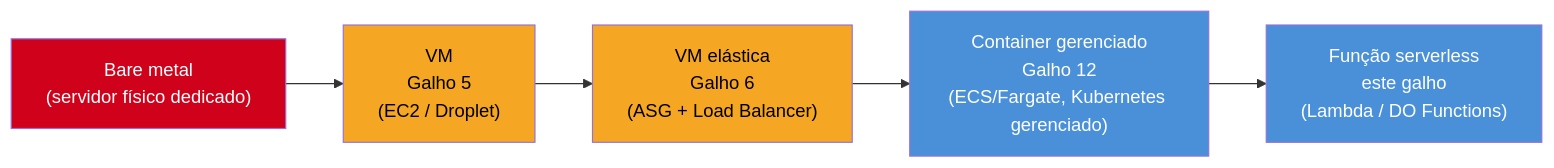
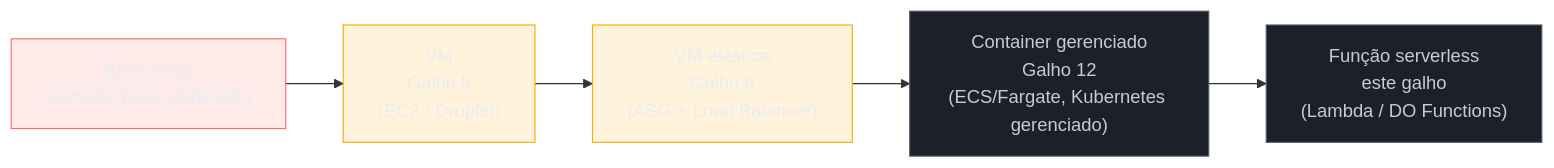
The first of 2 diagrams in 03-Dominios/Tecnologia/Cloud/11 - Serverless e FaaS — Lambda a fundo/01 - O que é serverless, de verdade.md (josenaldo/codex-technomanticus), drawn with Mermaid before and after one commit. The commit also changed 1181 other files, not shown here.

First line of the commit message:
fix(diagramas): paleta do sistema no lugar de cor cravada no markdown

````diff
--- a/03-Dominios/Tecnologia/Cloud/11 - Serverless e FaaS — Lambda a fundo/01 - O que é serverless, de verdade.md
+++ b/03-Dominios/Tecnologia/Cloud/11 - Serverless e FaaS — Lambda a fundo/01 - O que é serverless, de verdade.md
@@ -64,13 +64,16 @@
 ```mermaid
 flowchart LR
+    classDef falha fill:#FF6B6B24,stroke:#FF6B6B,color:#E9ECF2
+    classDef destaque fill:#FFAA0024,stroke:#FFAA00,color:#E9ECF2
+    classDef neutro fill:#1B2029,stroke:#4E5666,color:#C6CCD8
     BM["Bare metal<br/>(servidor físico dedicado)"] --> VM["VM<br/>Galho 5<br/>(EC2 / Droplet)"]
     VM --> EL["VM elástica<br/>Galho 6<br/>(ASG + Load Balancer)"]
     EL --> CT["Container gerenciado<br/>Galho 12<br/>(ECS/Fargate, Kubernetes gerenciado)"]
     CT --> FN["Função serverless<br/>este galho<br/>(Lambda / DO Functions)"]
 
-    style BM fill:#D0021B,color:#fff
-    style VM fill:#F5A623,color:#000
-    style EL fill:#F5A623,color:#000
-    style CT fill:#4A90D9,color:#fff
-    style FN fill:#4A90D9,color:#fff
+    class BM falha
+    class VM destaque
+    class EL destaque
+    class CT neutro
+    class FN neutro
 ```
````
